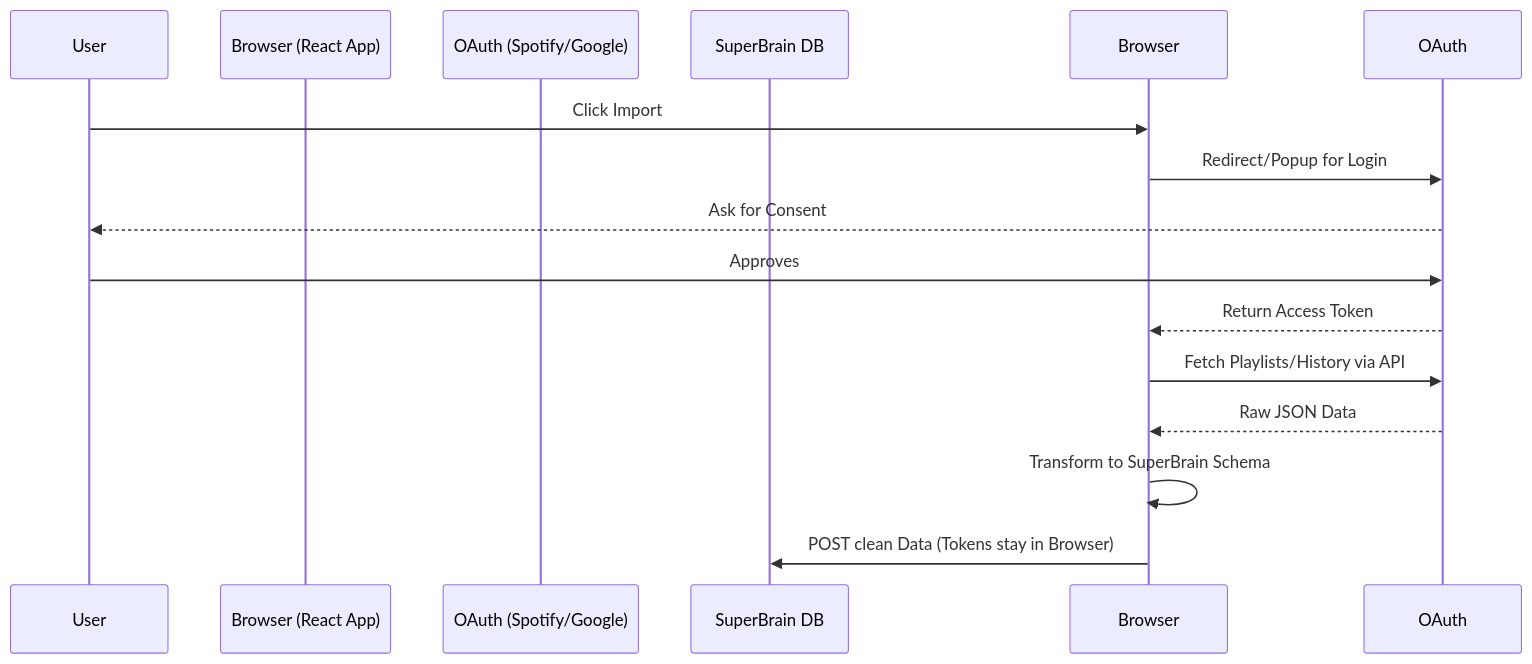
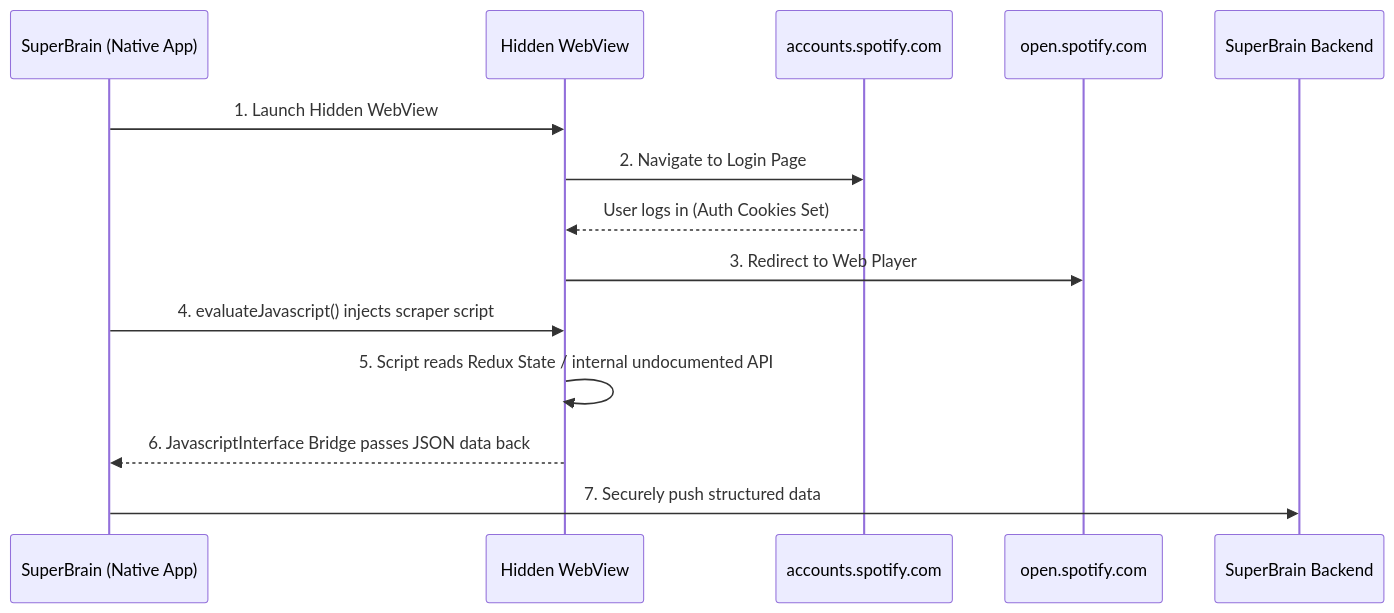
The diagram in README.md (sidinsearch/outside-in), drawn with Mermaid before and after one commit. The commit also changed other lines of this file and 1 other file, not shown here.

Commit message:
docs: completely rewrite README to highlight the dual architecture approach, adding mermaid sequence diagrams for android webview injection and documenting spotify premium limits

````diff
--- a/README.md
+++ b/README.md
@@ -38,17 +28,17 @@
 ```mermaid
 sequenceDiagram
-    participant User
-    participant Browser (React App)
-    participant OAuth (Spotify/Google)
-    participant SuperBrain DB
+    participant App as SuperBrain (Native App)
+    participant Web as Hidden WebView
+    participant SpotAuth as accounts.spotify.com
+    participant SpotApp as open.spotify.com
+    participant DB as SuperBrain Backend
 
-    User->>Browser: Click Import
-    Browser->>OAuth: Redirect/Popup for Login
-    OAuth-->>User: Ask for Consent
-    User->>OAuth: Approves
-    OAuth-->>Browser: Return Access Token
-    Browser->>OAuth: Fetch Playlists/History via API
-    OAuth-->>Browser: Raw JSON Data
-    Browser->>Browser: Transform to SuperBrain Schema
-    Browser->>SuperBrain DB: POST clean Data (Tokens stay in Browser)
+    App->>Web: 1. Launch Hidden WebView
+    Web->>SpotAuth: 2. Navigate to Login Page
+    SpotAuth-->>Web: User logs in (Auth Cookies Set)
+    Web->>SpotApp: 3. Redirect to Web Player
+    App->>Web: 4. evaluateJavascript() injects scraper script
+    Web->>Web: 5. Script reads Redux State / internal undocumented API
+    Web-->>App: 6. JavascriptInterface Bridge passes JSON data back
+    App->>DB: 7. Securely push structured data
 ```
````
